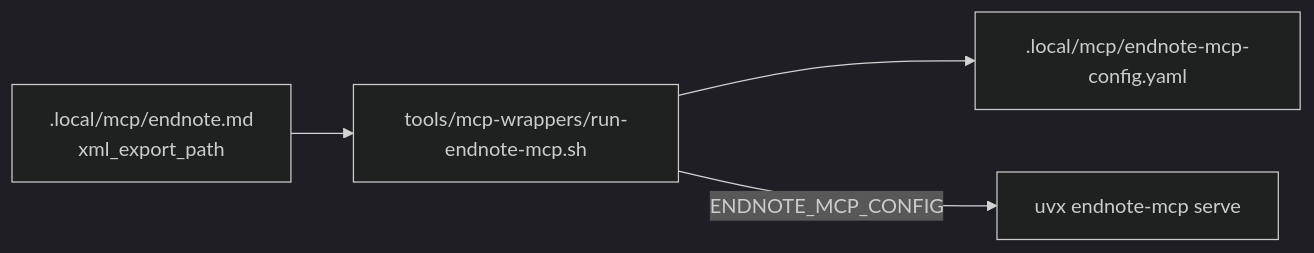
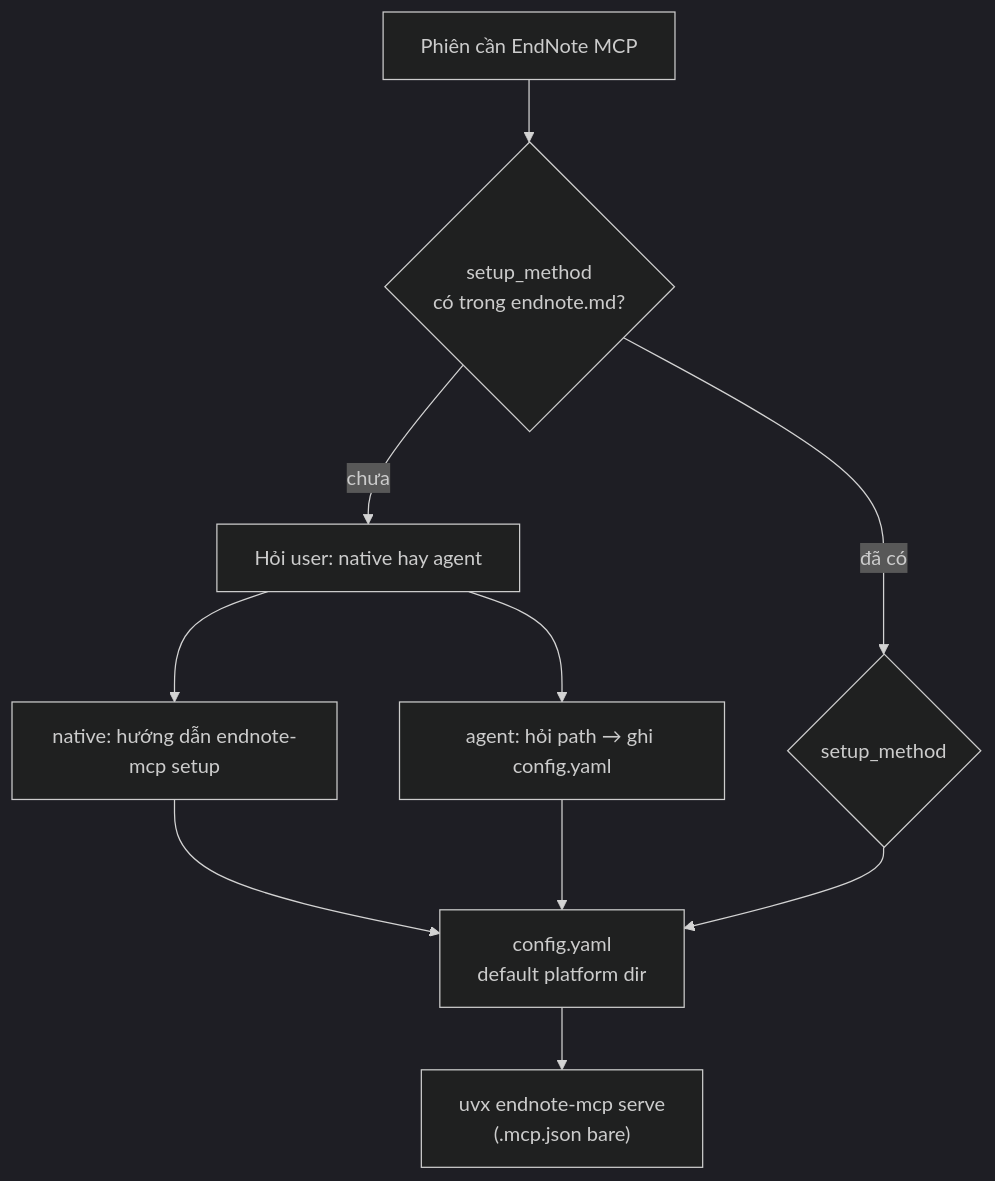
The diagram in docs/decisions/endnote-workflow.md (thanhhocse96/medKarute), drawn with Mermaid (dark theme) before and after one commit. The commit also changed other lines of this file and 10 other files, not shown here.

````diff
--- a/docs/decisions/endnote-workflow.md
+++ b/docs/decisions/endnote-workflow.md
@@ -30,9 +43,12 @@
 ```mermaid
-flowchart LR
-    MD[".local/mcp/endnote.md\nxml_export_path"]
-    WR["tools/mcp-wrappers/run-endnote-mcp.sh"]
-    YAML[".local/mcp/endnote-mcp-config.yaml"]
-    MCP["uvx endnote-mcp serve"]
-    MD --> WR --> YAML
-    WR -->|ENDNOTE_MCP_CONFIG| MCP
+flowchart TD
+    NEED[Phiên cần EndNote MCP] --> CHECK{setup_method\ncó trong endnote.md?}
+    CHECK -->|chưa| ASK[Hỏi user: native hay agent]
+    ASK --> NATIVE[native: hướng dẫn endnote-mcp setup]
+    ASK --> AGENT[agent: hỏi path → ghi config.yaml]
+    CHECK -->|đã có| BRANCH{setup_method}
+    NATIVE --> YAML["config.yaml\ndefault platform dir"]
+    AGENT --> YAML
+    BRANCH --> YAML
+    YAML --> MCP["uvx endnote-mcp serve\n(.mcp.json bare)"]
 ```
````
